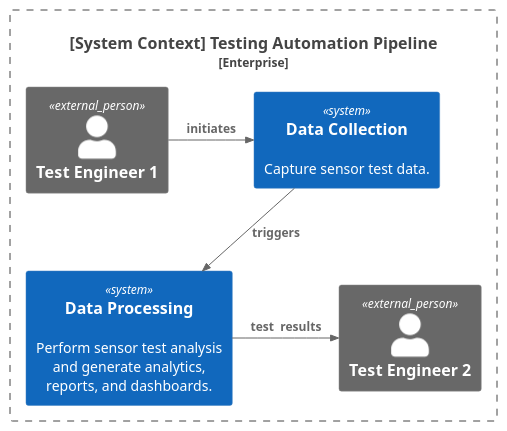
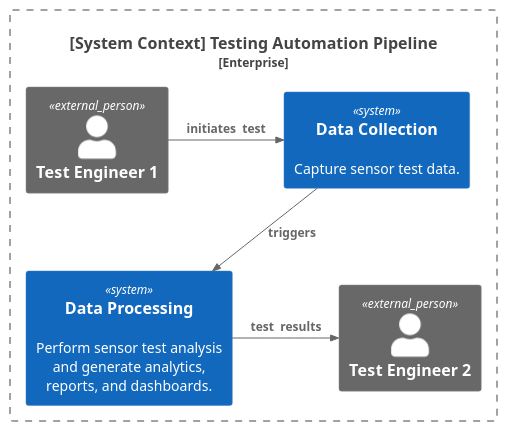
The diagram in docs/architecture/views/system_context_diagram.plantuml (matthew-beisser/testing-automation-pipeline-3), drawn with PlantUML before and after one commit. The commit also changed 2 other files, not shown here.

```diff
--- a/docs/architecture/views/system_context_diagram.plantuml
+++ b/docs/architecture/views/system_context_diagram.plantuml
@@ -1,19 +1,19 @@
 @startuml system_context_diagram
 !include https://raw.githubusercontent.com/plantuml-stdlib/C4-PlantUML/master/C4_Context.puml
 
 LAYOUT_TOP_DOWN()
 
 ' Elements
 Enterprise_Boundary(System, "[System Context] Testing Automation Pipeline") {
         Person_Ext(Tester, "Test Engineer 1")
         System(DataCollection, "Data Collection", "Capture sensor test data.")
         System(DataProcessor, "Data Processing", "Perform sensor test analysis and generate analytics, reports, and dashboards.")
         Person_Ext(DataAnalyst, "Test Engineer 2")
 }
 
 ' Relationships
-Rel_Neighbor(Tester, DataCollection, "initiates")
+Rel_Neighbor(Tester, DataCollection, "initiates  test")
 Rel(DataCollection, DataProcessor, "triggers")
 Rel_Neighbor(DataProcessor, DataAnalyst, "test  results")
 
 @enduml
```
